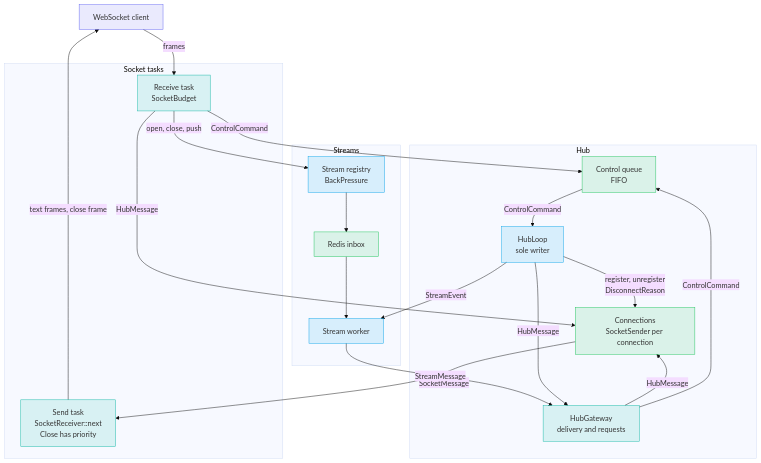
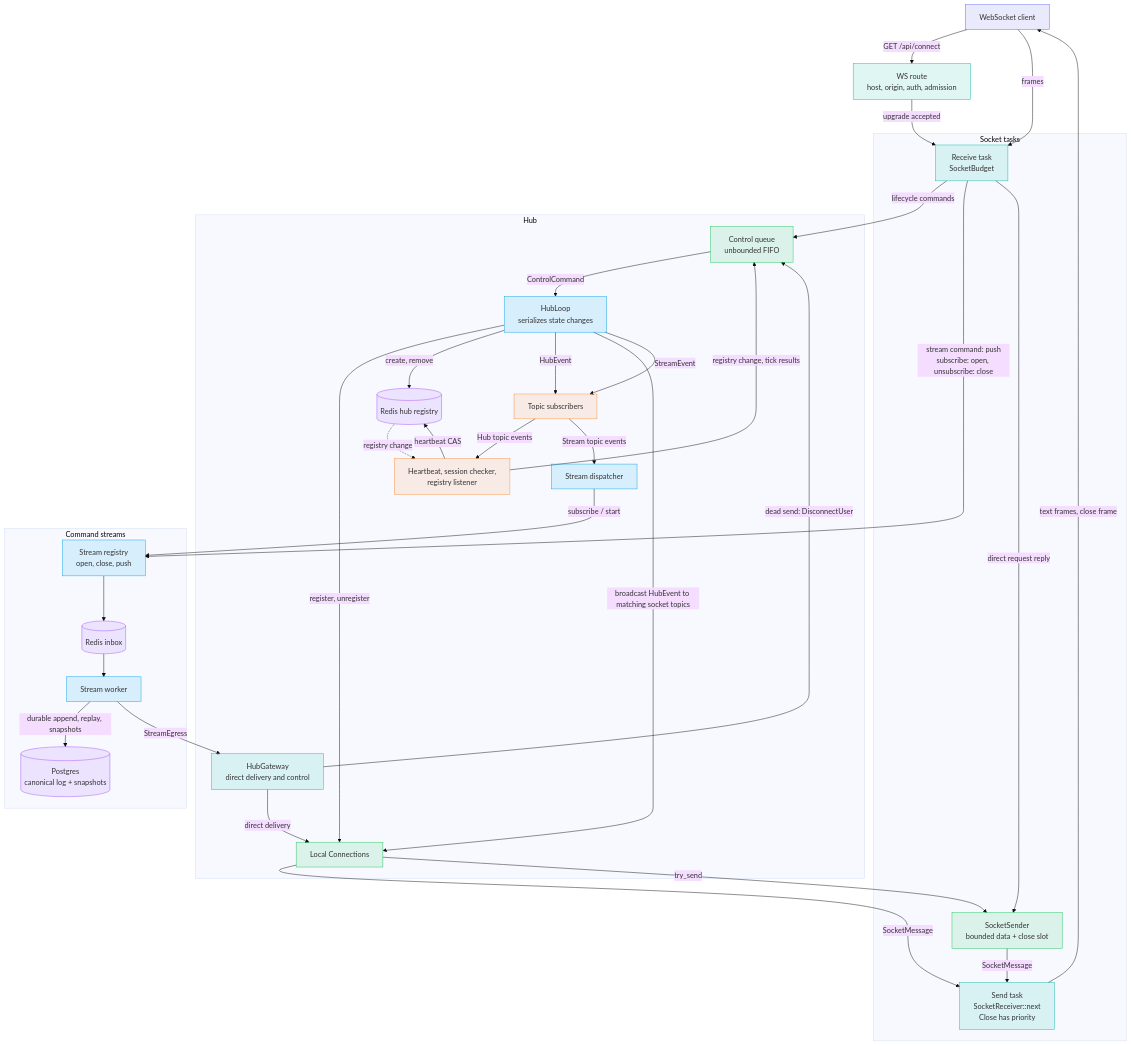
The first of 7 diagrams in docs/services/builder/hub.md (gzp79/shine-services), drawn with Mermaid (base theme) before and after one commit. The commit also changed other lines of this file and 5 other files, not shown here.

````diff
--- a/docs/services/builder/hub.md
+++ b/docs/services/builder/hub.md
@@ -19,44 +17,63 @@
 ```mermaid
 flowchart TB
     classDef indigo fill:#6366f122,stroke:#6366f1
     classDef teal fill:#14b8a622,stroke:#14b8a6
     classDef blue fill:#0ea5e922,stroke:#0ea5e9
     classDef green fill:#22c55e22,stroke:#22c55e
     classDef orange fill:#fb923c22,stroke:#fb923c
+    classDef violet fill:#a855f722,stroke:#a855f7
 
     C["WebSocket client"]:::indigo
+    A["WS route<br/>host, origin, auth, admission"]:::teal
 
     subgraph Socket["Socket tasks"]
         R["Receive task<br/>SocketBudget"]:::teal
         S["Send task<br/>SocketReceiver::next<br/>Close has priority"]:::teal
+        TX["SocketSender<br/>bounded data + close slot"]:::green
     end
 
     subgraph Hub["Hub"]
-        CQ["Control queue<br/>FIFO"]:::green
-        L["HubLoop<br/>sole writer"]:::blue
-        CN["Connections<br/>SocketSender per connection"]:::green
-        SE["HubGateway<br/>delivery and requests"]:::teal
+        CQ["Control queue<br/>unbounded FIFO"]:::green
+        L["HubLoop<br/>serializes state changes"]:::blue
+        CN["Local Connections"]:::green
+        SE["HubGateway<br/>direct delivery and control"]:::teal
+        BUS["Topic subscribers"]:::orange
+        BG["Heartbeat, session checker,<br/>registry listener"]:::orange
+        HR[("Redis hub registry")]:::violet
+        DISP["Stream dispatcher"]:::blue
     end
 
-    subgraph Streams["Streams"]
-        REG["Stream registry<br/>BackPressure"]:::blue
-        IB["Redis inbox"]:::green
+    subgraph Streams["Command streams"]
+        REG["Stream registry<br/>open, close, push"]:::blue
+        IB[("Redis inbox")]:::violet
         W["Stream worker"]:::blue
+        PG[("Postgres<br/>canonical log + snapshots")]:::violet
     end
-    
+    C -- "GET /api/connect" --> A
+    A -- "upgrade accepted" --> R
     C -- "frames" --> R
     CN -- "SocketMessage" --> S
-    R -- "ControlCommand" --> CQ
-    R -- "open, close, push" --> REG
+    R -- "lifecycle commands" --> CQ
+    R -- "stream command: push<br/>subscribe: open, unsubscribe: close" --> REG
+    R -- "direct request reply" --> TX
     CQ -- "ControlCommand" --> L
-    R -- "HubMessage" --> CN
-    L -- "register, unregister<br/>DisconnectReason" --> CN
-    L -- "StreamEvent" --> W
+    SE -- "direct delivery" --> CN
+    CN -- "try_send" --> TX
+    TX -- "SocketMessage" --> S
+    L -- "register, unregister" --> CN
+    L -- "create, remove" --> HR
+    BG -- "heartbeat CAS" --> HR
+    HR -. "registry change" .-> BG
+    BG -- "registry change, tick results" --> CQ
+    L -- "HubEvent" --> BUS
+    BUS -- "Hub topic events" --> BG
+    L -- "broadcast HubEvent to matching socket topics" --> CN
+    L -- "StreamEvent" --> BUS
+    BUS -- "Stream topic events" --> DISP
+    DISP -- "subscribe / start" --> REG
     REG --> IB --> W
-    W -- "StreamMessage" --> SE
-    SE -- "HubMessage" --> CN
-    L -- "HubMessage" --> SE
-    CN ~~~ SE
-    SE -- "ControlCommand" --> CQ    
+    W -- "durable append, replay, snapshots" --> PG
+    W -- "StreamEgress" --> SE
+    SE -- "dead send: DisconnectUser" --> CQ
     S -- "text frames, close frame" --> C
 ```
````
